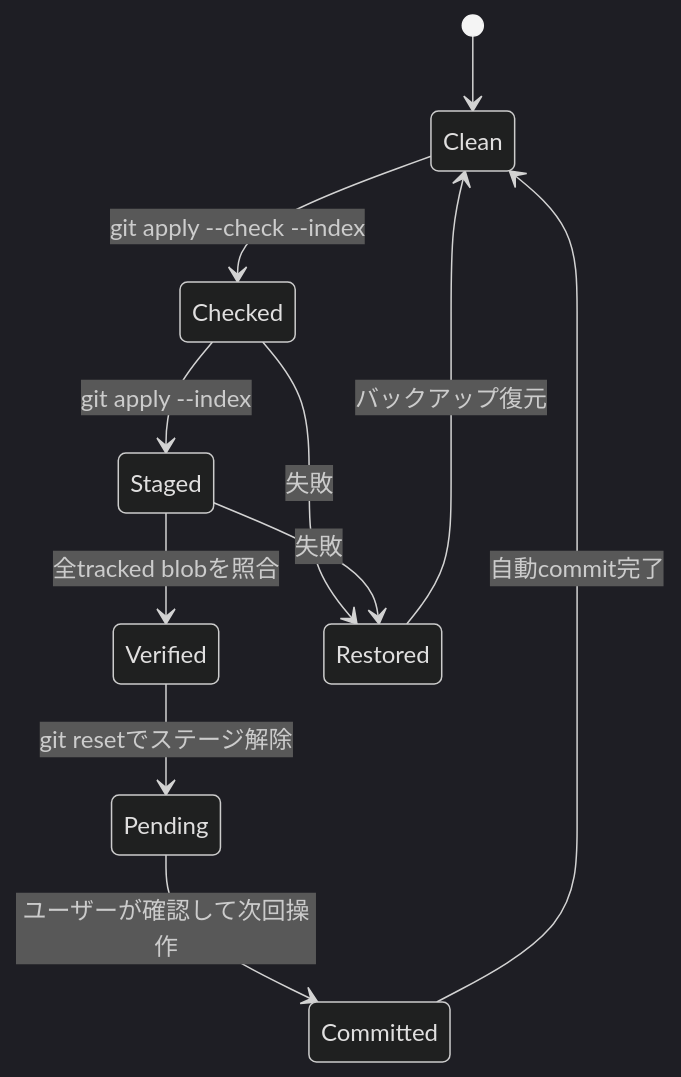
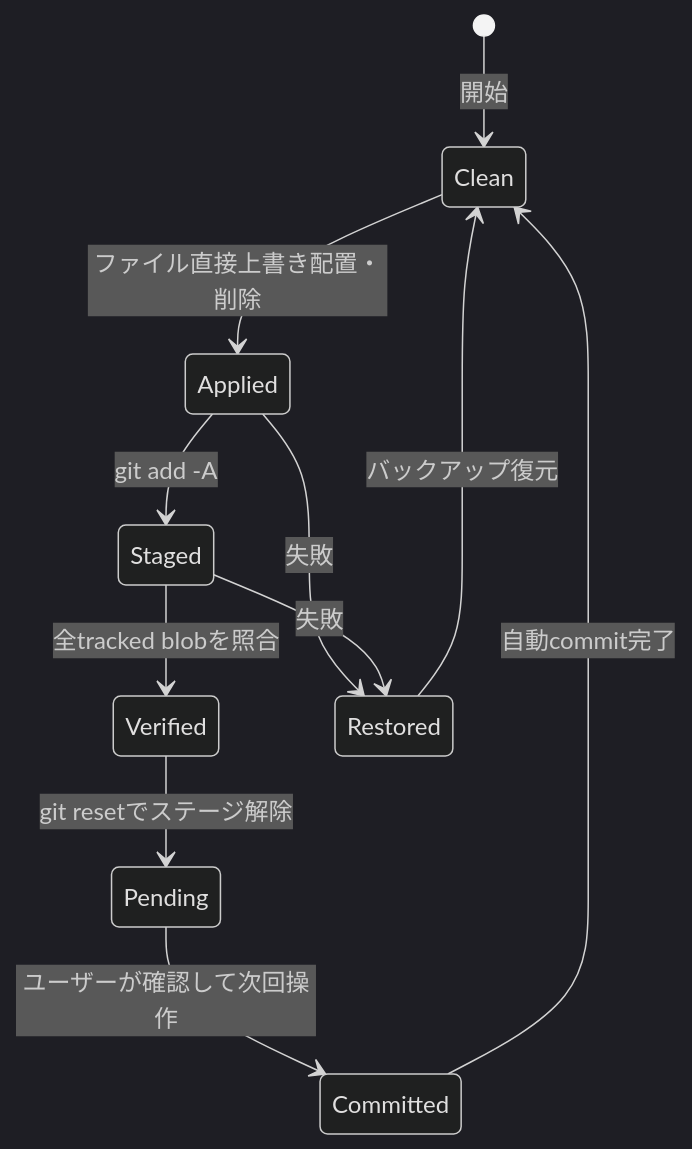
The second of 2 diagrams in docs/architecture.md (myao9494/myao-patch-bridge), drawn with Mermaid (dark theme) before and after one commit. The commit also changed other lines of this file and 7 other files, not shown here.

````diff
--- a/docs/architecture.md
+++ b/docs/architecture.md
@@ -68,13 +68,13 @@
 ```mermaid
 stateDiagram-v2
-    [*] --> Clean
-    Clean --> Checked: git apply --check --index
-    Checked --> Staged: git apply --index
+    [*] --> Clean: 開始
+    Clean --> Applied: ファイル直接上書き配置・削除
+    Applied --> Staged: git add -A
     Staged --> Verified: 全tracked blobを照合
     Verified --> Pending: git resetでステージ解除
     Pending --> Committed: ユーザーが確認して次回操作
     Committed --> Clean: 自動commit完了
-    Checked --> Restored: 失敗
+    Applied --> Restored: 失敗
     Staged --> Restored: 失敗
     Restored --> Clean: バックアップ復元
 ```
````
